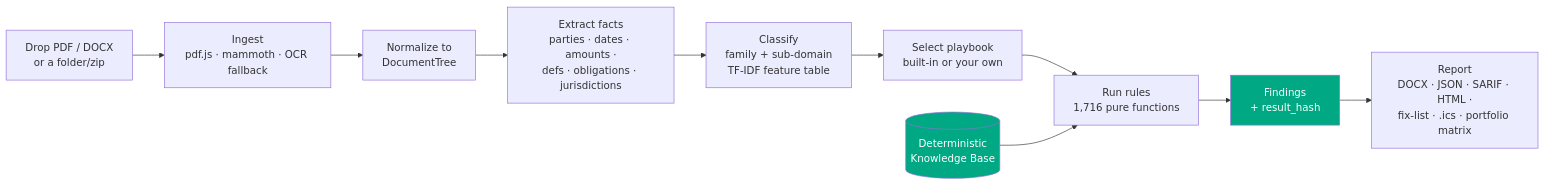
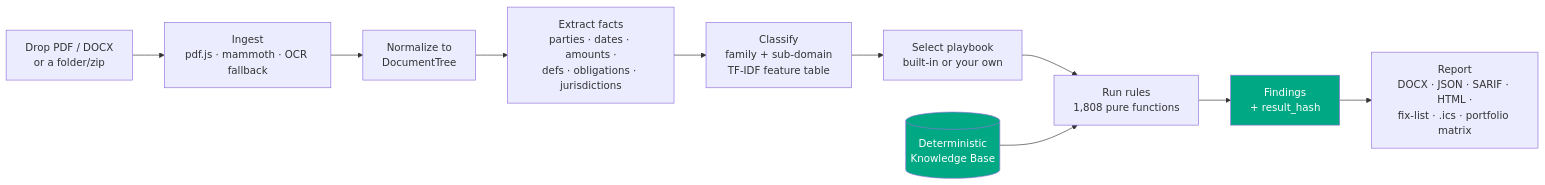
Before and after one commit to clay-good/vaulytica: the first of 11 diagrams in README.md, drawn with Mermaid. The commit also changed other lines of this file and 41 other files, not shown here.

````diff
--- a/README.md
+++ b/README.md
@@ -27,14 +27,14 @@
 ```mermaid
 flowchart LR
   A[Drop PDF / DOCX<br/>or a folder/zip] --> B[Ingest<br/>pdf.js · mammoth · OCR fallback]
   B --> C[Normalize to<br/>DocumentTree]
   C --> D[Extract facts<br/>parties · dates · amounts ·<br/>defs · obligations · jurisdictions]
   D --> E[Classify<br/>family + sub-domain<br/>TF-IDF feature table]
   E --> F[Select playbook<br/>built-in or your own]
-  F --> G[Run rules<br/>1,716 pure functions]
+  F --> G[Run rules<br/>1,808 pure functions]
   G --> H[Findings<br/>+ result_hash]
   H --> I[Report<br/>DOCX · JSON · SARIF · HTML ·<br/>fix-list · .ics · portfolio matrix]
   K[(Deterministic<br/>Knowledge Base)] --> G
   style K fill:#00A883,color:#fff
   style H fill:#00A883,color:#fff
 ```
````
